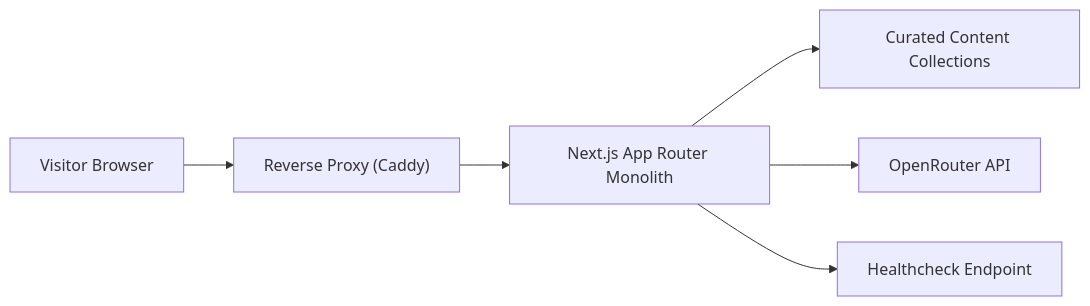
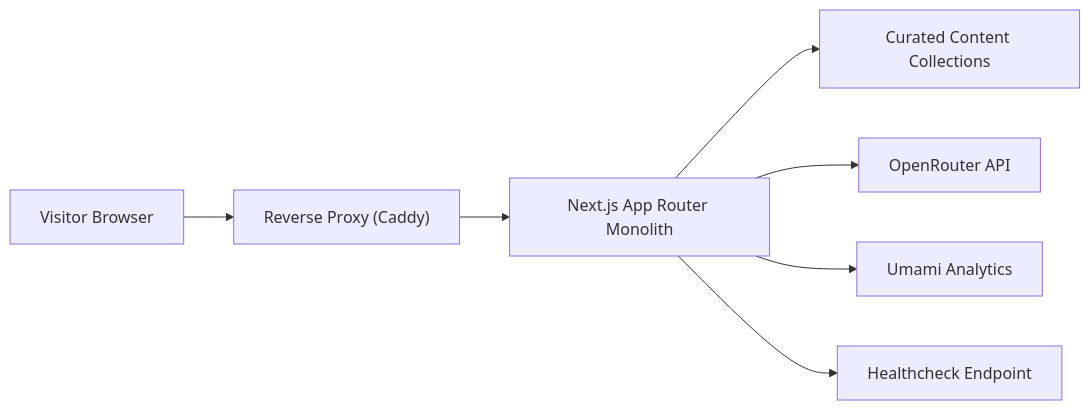
Before and after one commit to guilhermeledes/guilhermeledes.github.io: the first of 4 diagrams in README.md, drawn with Mermaid. The commit also changed other lines of this file, not shown here.

````diff
--- a/README.md
+++ b/README.md
@@ -35,8 +36,9 @@
 ```mermaid
 flowchart LR
     U["Visitor Browser"] --> P["Reverse Proxy (Caddy)"]
     P --> A["Next.js App Router Monolith"]
     A --> C["Curated Content Collections"]
     A --> O["OpenRouter API"]
+    A --> M["Umami Analytics"]
     A --> H["Healthcheck Endpoint"]
 ```
````
